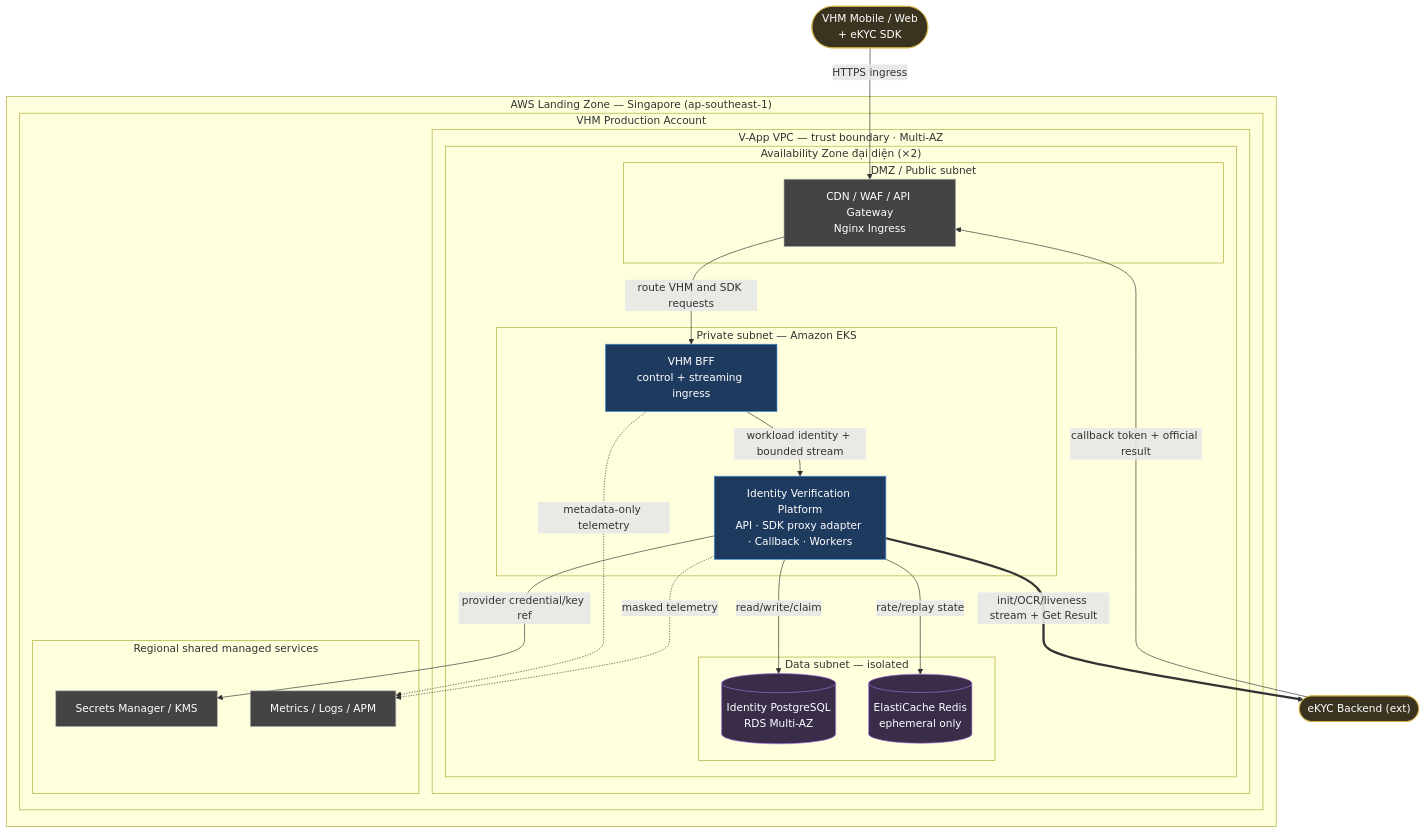
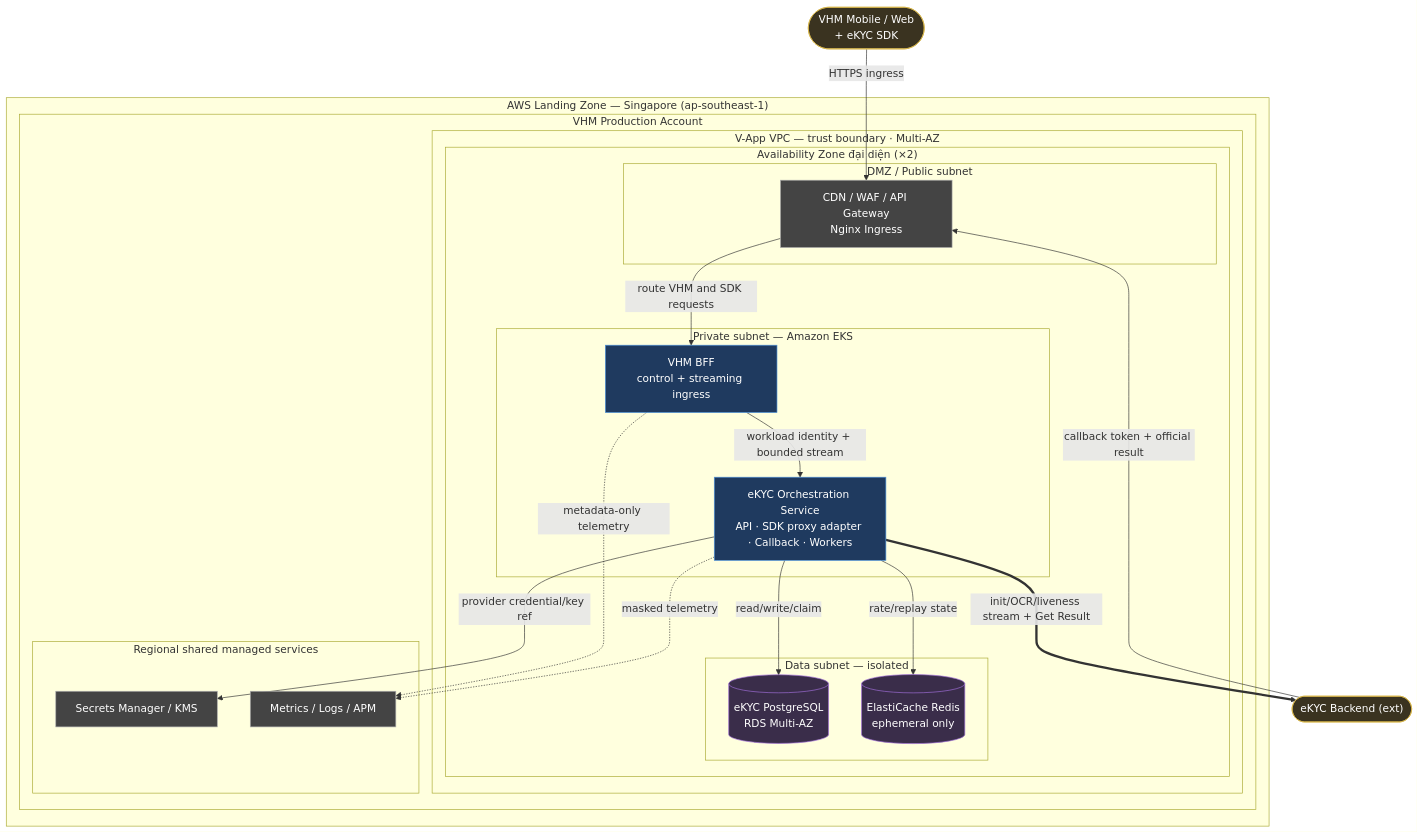
Before and after one commit to huynv-xyz/vhm: diagram 15 of 16 in README.md, drawn with Mermaid. The commit also changed other lines of this file, not shown here.

````diff
--- a/README.md
+++ b/README.md
@@ -1307,45 +1310,45 @@
 ```mermaid
 flowchart TB
     CLIENT(["VHM Mobile / Web<br/>+ eKYC SDK"]):::entity
     PROVIDER(["eKYC Backend (ext)"]):::entity
 
     subgraph LZ["AWS Landing Zone — Singapore (ap-southeast-1)"]
         subgraph ACCOUNT["VHM Production Account"]
             subgraph VPC["V-App VPC — trust boundary · Multi-AZ"]
                 subgraph AZ["Availability Zone đại diện (×2)"]
                     subgraph EDGE["DMZ / Public subnet"]
                         GATEWAY["CDN / WAF / API Gateway<br/>Nginx Ingress"]:::infra
                     end
                     subgraph APPZONE["Private subnet — Amazon EKS"]
                         BFF["VHM BFF<br/>control + streaming ingress"]:::bc
-                        IVP["Identity Verification Platform<br/>API · SDK proxy adapter · Callback · Workers"]:::bc
+                        Orchestrator["eKYC Orchestration Service<br/>API · SDK proxy adapter · Callback · Workers"]:::bc
                     end
                     subgraph DATAZONE["Data subnet — isolated"]
-                        RDS[("Identity PostgreSQL<br/>RDS Multi-AZ")]:::datastore
+                        RDS[("eKYC PostgreSQL<br/>RDS Multi-AZ")]:::datastore
                         REDIS[("ElastiCache Redis<br/>ephemeral only")]:::datastore
                     end
                 end
             end
             subgraph SHARED["Regional shared managed services"]
                 SECRET["Secrets Manager / KMS"]:::infra
                 OBS["Metrics / Logs / APM"]:::infra
             end
         end
     end
 
     CLIENT -->|HTTPS ingress| GATEWAY
     PROVIDER -->|callback token + official result| GATEWAY
     GATEWAY -->|route VHM and SDK requests| BFF
-    BFF -->|workload identity + bounded stream| IVP
-    IVP -->|read/write/claim| RDS
-    IVP -->|rate/replay state| REDIS
-    IVP -->|provider credential/key ref| SECRET
+    BFF -->|workload identity + bounded stream| Orchestrator
+    Orchestrator -->|read/write/claim| RDS
+    Orchestrator -->|rate/replay state| REDIS
+    Orchestrator -->|provider credential/key ref| SECRET
     BFF -.->|metadata-only telemetry| OBS
-    IVP -.->|masked telemetry| OBS
-    IVP ==>|init/OCR/liveness stream + Get Result| PROVIDER
+    Orchestrator -.->|masked telemetry| OBS
+    Orchestrator ==>|init/OCR/liveness stream + Get Result| PROVIDER
 
     classDef bc fill:#1f3a5f,stroke:#4a90d9,color:#fff;
     classDef entity fill:#3a3320,stroke:#d9b84a,color:#fff;
     classDef datastore fill:#3a2d4a,stroke:#a06fd9,color:#fff;
     classDef infra fill:#444,stroke:#aaa,color:#fff;
 ```
````
